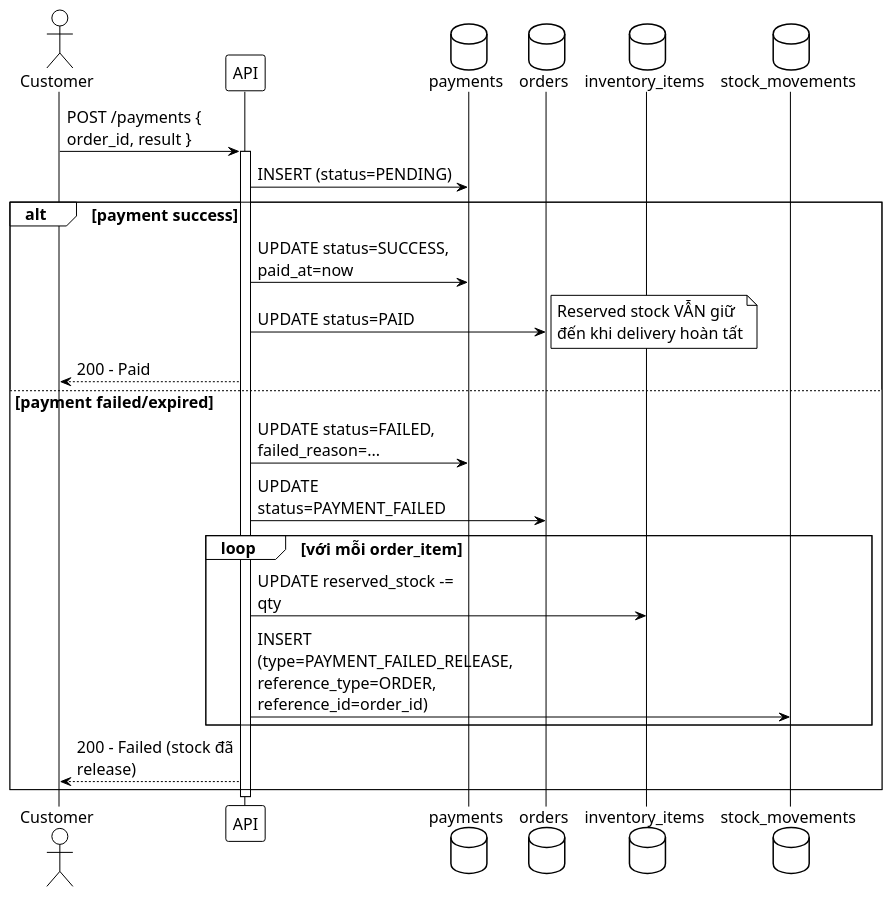
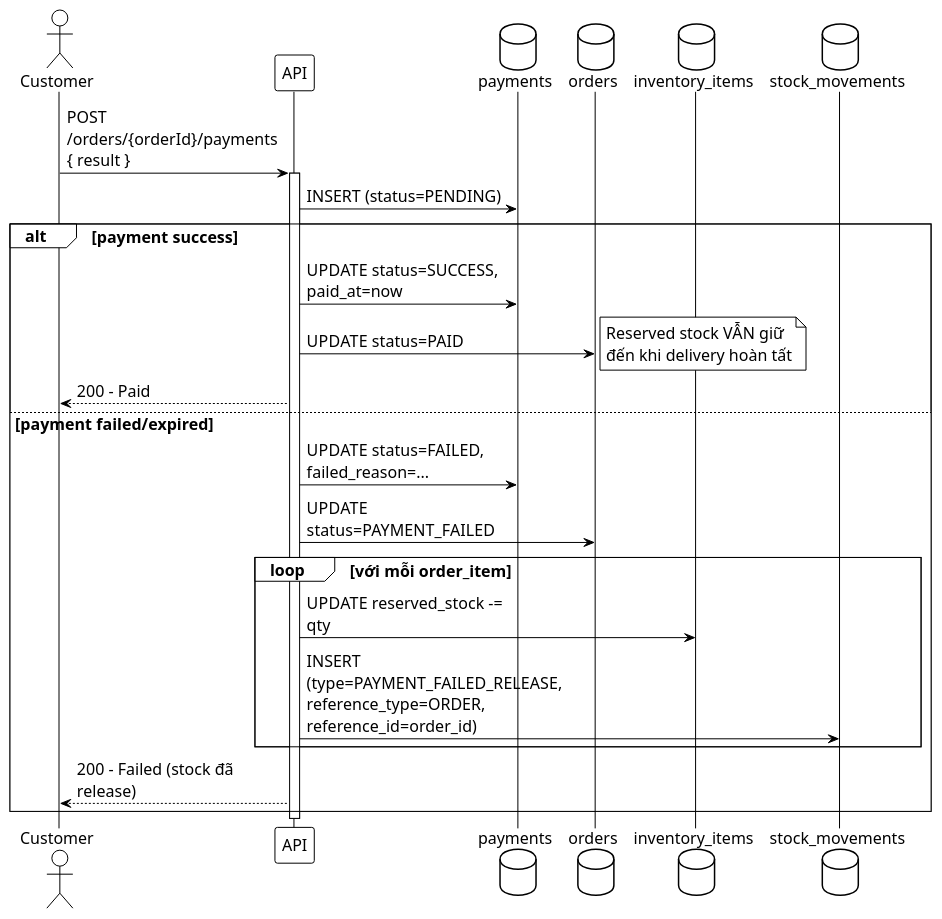
The seventh of 10 diagrams in docs/database-schema.md (hoangtuan2k5/shopflow), drawn with PlantUML before and after one commit. The commit also changed 8 other files, not shown here.

````diff
--- a/docs/database-schema.md
+++ b/docs/database-schema.md
@@ -896,42 +896,42 @@
 ```plantuml
 @startuml
 !theme plain
 skinparam defaultFontSize 16
 skinparam maxMessageSize 200
 skinparam wrapWidth 200
 actor Customer
 participant API
 database "payments" as payments
 database "orders" as orders
 database "inventory_items" as inventory
 database "stock_movements" as movements
 
-Customer -> API : POST /payments { order_id, result }
+Customer -> API : POST /orders/{orderId}/payments { result }
 activate API
 
 API -> payments : INSERT (status=PENDING)
 
 alt payment success
     API -> payments : UPDATE status=SUCCESS, paid_at=now
     API -> orders : UPDATE status=PAID
     note right
       Reserved stock VẪN giữ
       đến khi delivery hoàn tất
     end note
     API --> Customer : 200 - Paid
 
 else payment failed/expired
     API -> payments : UPDATE status=FAILED, failed_reason=...
     API -> orders : UPDATE status=PAYMENT_FAILED
 
     loop với mỗi order_item
         API -> inventory : UPDATE reserved_stock -= qty
         API -> movements : INSERT (type=PAYMENT_FAILED_RELEASE,\nreference_type=ORDER, reference_id=order_id)
     end
 
     API --> Customer : 200 - Failed (stock đã release)
 end
 
 deactivate API
 @enduml
 ```
````
